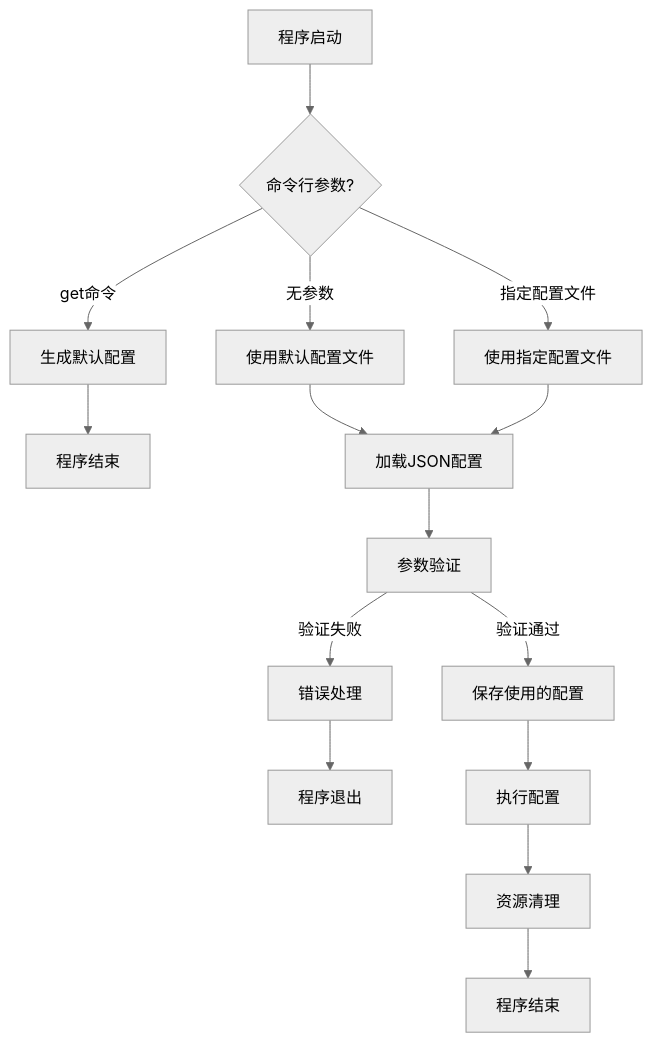
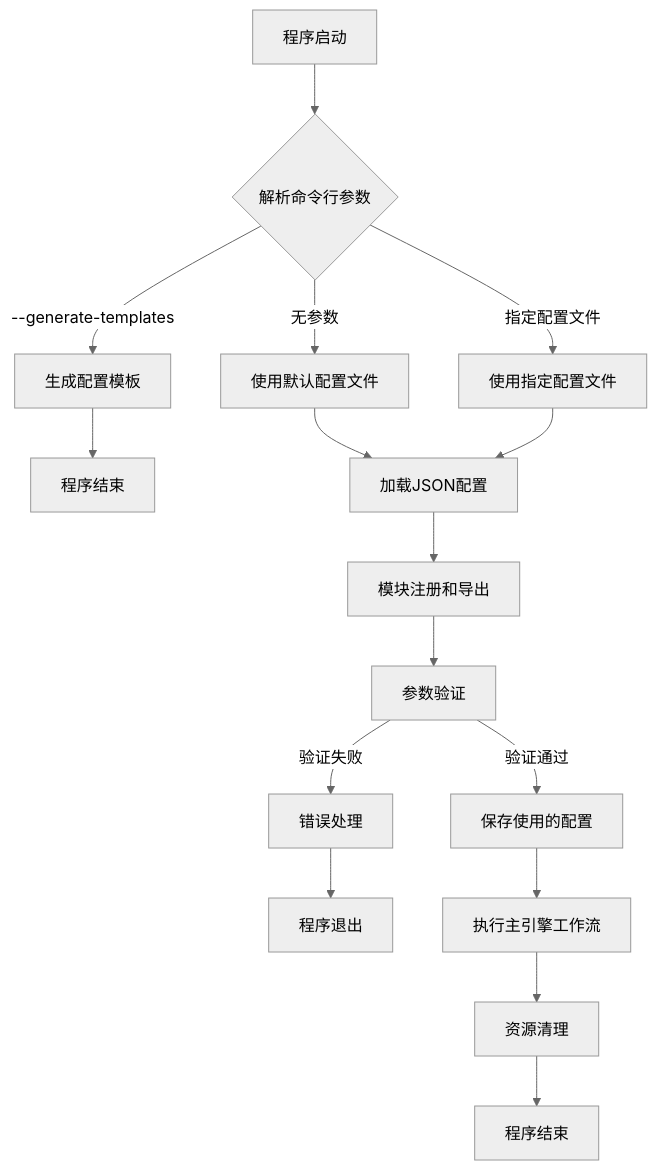
One commit to loong22/paraConfig changed the first of 5 diagrams in doc.md. Above: the diagram before and after it, drawn with Mermaid (neutral theme). The commit also changed other lines of this file and 3 other files, not shown here.

````diff
--- a/doc.md
+++ b/doc.md
@@ -212,17 +256,18 @@
 ```mermaid
 flowchart TD
-    A[程序启动] --> B{命令行参数?}
+    A[程序启动] --> B{解析命令行参数}
     B -->|无参数| C[使用默认配置文件]
     B -->|指定配置文件| D[使用指定配置文件]
-    B -->|get命令| E[生成默认配置]
+    B -->|--generate-templates| E[生成配置模板]
     E --> F[程序结束]
     C --> G[加载JSON配置]
     D --> G
-    G --> H[参数验证]
-    H -->|验证失败| I[错误处理]
-    I --> J[程序退出]
-    H -->|验证通过| K[保存使用的配置]
-    K --> L[执行配置]
-    L --> M[资源清理]
-    M --> N[程序结束]
+    G --> H[模块注册和导出]
+    H --> I[参数验证]
+    I -->|验证失败| J[错误处理]
+    J --> K[程序退出]
+    I -->|验证通过| L[保存使用的配置]
+    L --> M[执行主引擎工作流]
+    M --> N[资源清理]
+    N --> O[程序结束]
 ```
````
